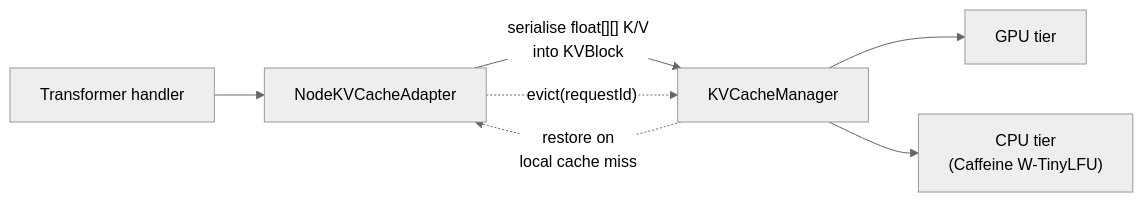
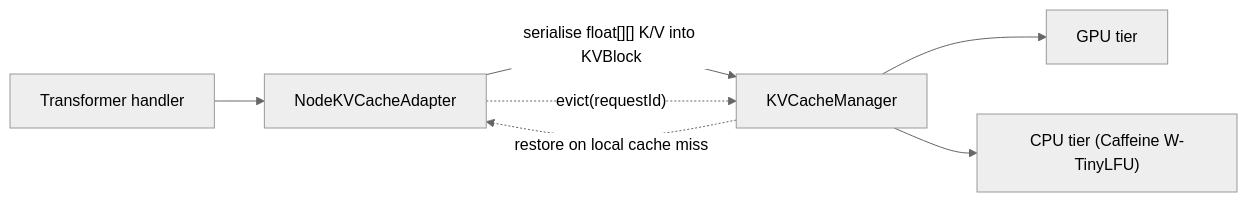
The third of 3 diagrams in juno-documentation/part2/03-handler-routing.md (ml-cab/juno), drawn with Mermaid (neutral theme) before and after one commit. The commit also changed other lines of this file and 20 other files, not shown here.

Commit message:
mermaids updated, getting rid of new line character

````diff
--- a/juno-documentation/part2/03-handler-routing.md
+++ b/juno-documentation/part2/03-handler-routing.md
@@ -40,9 +40,9 @@
 ```mermaid
 flowchart LR
     Handler["Transformer handler"] --> Adapter["NodeKVCacheAdapter"]
-    Adapter -->|"serialise float[][] K/V\ninto KVBlock"| Manager["KVCacheManager"]
+    Adapter -->|"serialise float[][] K/V into KVBlock"| Manager["KVCacheManager"]
     Manager --> GpuTier["GPU tier"]
-    Manager --> CpuTier["CPU tier\n(Caffeine W-TinyLFU)"]
-    Manager -.->|"restore on\nlocal cache miss"| Adapter
+    Manager --> CpuTier["CPU tier (Caffeine W-TinyLFU)"]
+    Manager -.->|"restore on local cache miss"| Adapter
     Adapter -.->|"evict(requestId)"| Manager
 ```
````
